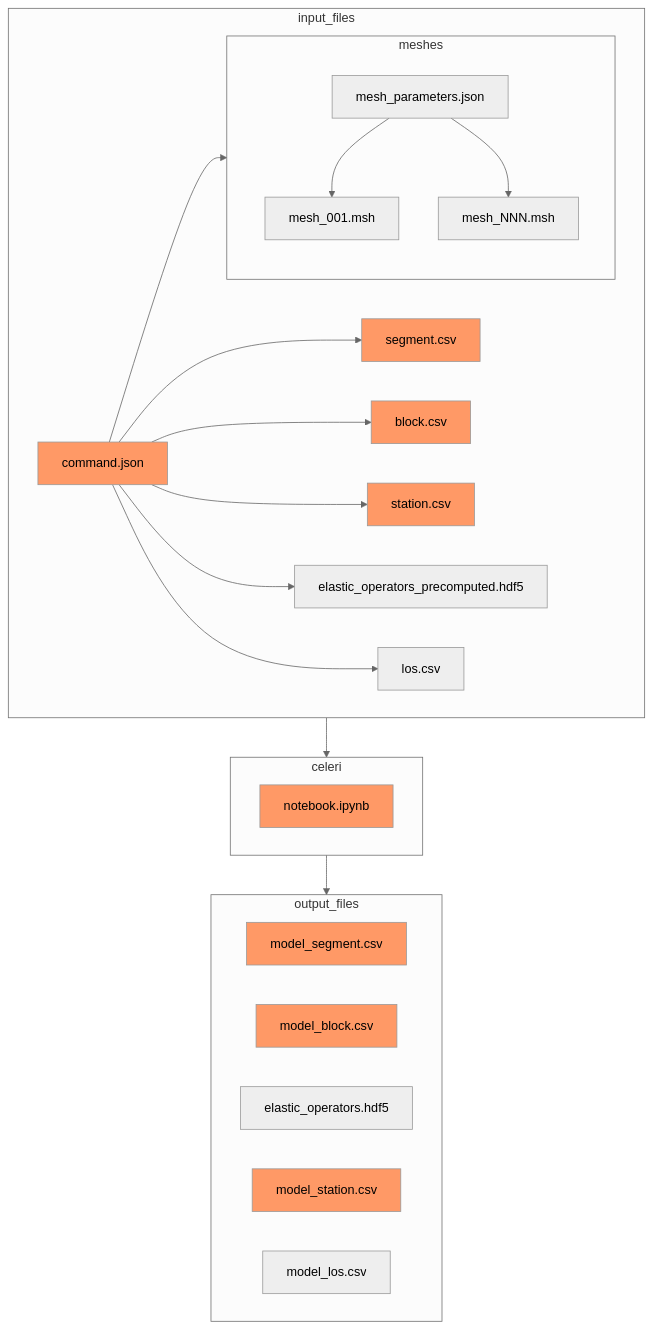
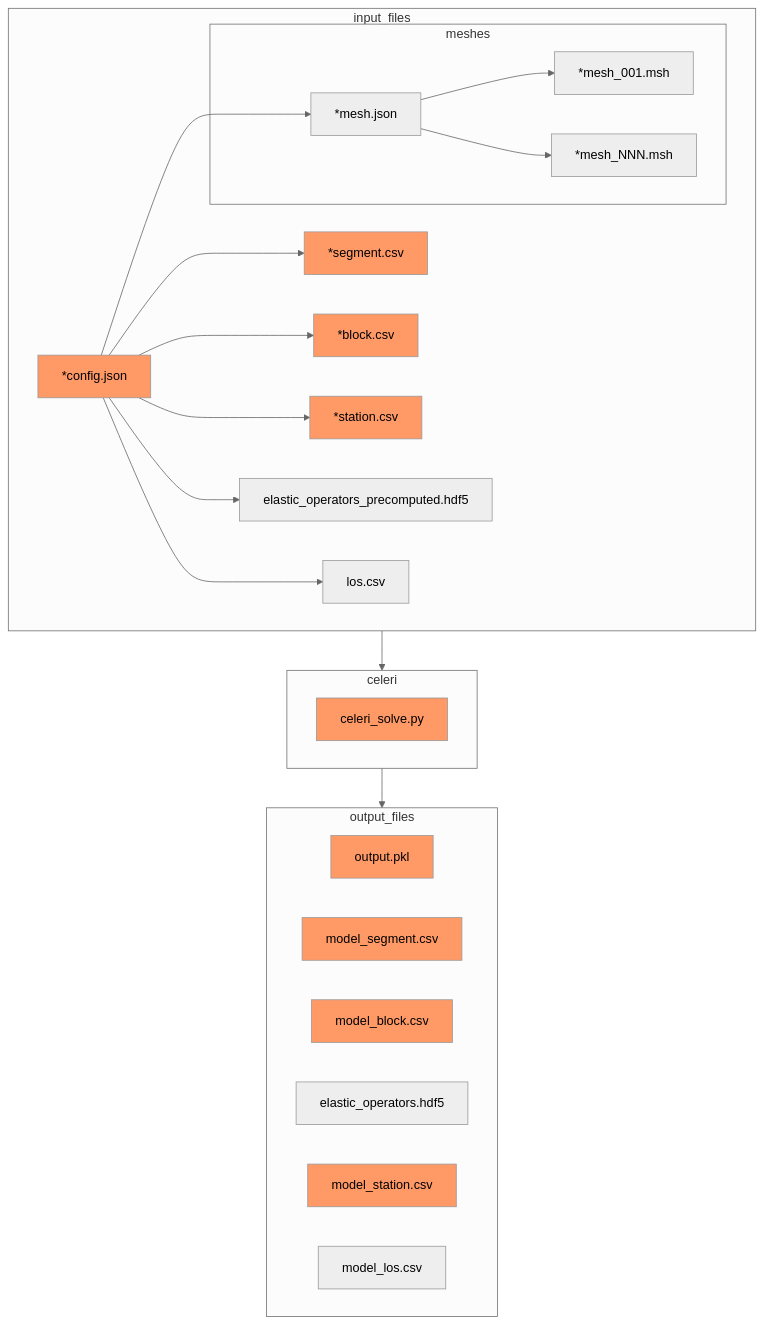
The diagram in README.md (brendanjmeade/celeri), drawn with Mermaid (neutral theme) before and after one commit. The commit also changed other lines of this file, not shown here.

Commit message:
Replace command with config and some minor changes

````diff
--- a/README.md
+++ b/README.md
@@ -92,29 +80,30 @@
 ```mermaid
 flowchart TD
   classDef required fill:#f96;
   subgraph input_files
-    command.json:::required --> segment.csv:::required
-    command.json:::required --> block.csv:::required
-    command.json:::required --> station.csv:::required
+    *config.json:::required --> *segment.csv:::required
+    *config.json:::required --> *block.csv:::required
+    *config.json:::required --> *station.csv:::required
     subgraph meshes
-      mesh_parameters.json
-      mesh_parameters.json --> mesh_001.msh
-      mesh_parameters.json --> mesh_NNN.msh
+      *mesh.json
+      *mesh.json --> *mesh_001.msh
+      *mesh.json --> *mesh_NNN.msh
     end
-    command.json --> meshes
-    command.json --> elastic_operators_precomputed.hdf5
-    command.json --> los.csv
+    *config.json --> *mesh.json
+    *config.json --> elastic_operators_precomputed.hdf5
+    *config.json --> los.csv
   end
   subgraph celeri
-    notebook.ipynb:::required
+    celeri_solve.py:::required
   end
   subgraph output_files
+    output.pkl:::required
     model_segment.csv:::required
     model_block.csv:::required
     elastic_operators.hdf5
     model_station.csv:::required
     model_los.csv
   end
   input_files --> celeri
   celeri --> output_files
 ```
````
